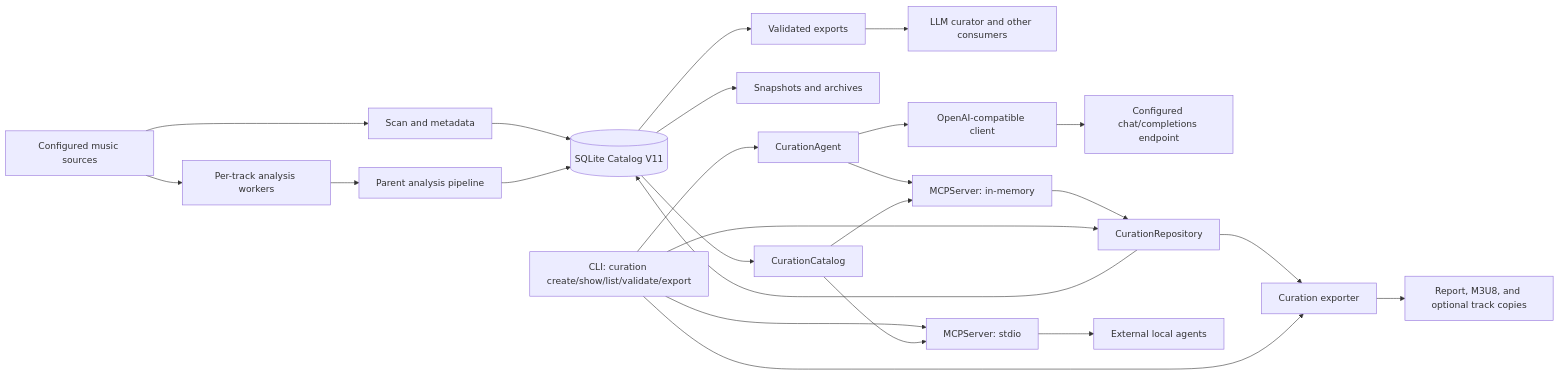
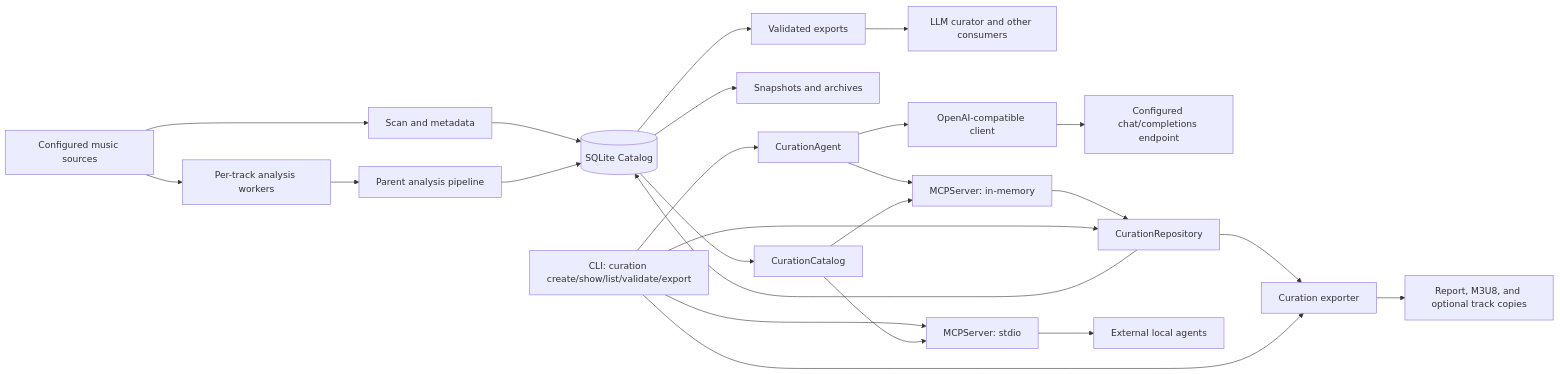
Before and after one commit to fmatsos/dj-digger: the diagram in docs/ARCHITECTURE.md, drawn with Mermaid. The commit also changed other lines of this file and 16 other files, not shown here.

````diff
--- a/docs/ARCHITECTURE.md
+++ b/docs/ARCHITECTURE.md
@@ -13,26 +13,26 @@
 ```mermaid
 flowchart LR
     Sources[Configured music sources] --> Scan[Scan and metadata]
-    Scan --> Catalog[(SQLite Catalog V11)]
+    Scan --> Catalog[(SQLite Catalog)]
     Sources --> Workers[Per-track analysis workers]
     Workers --> Parent[Parent analysis pipeline]
     Parent --> Catalog
     Catalog --> Exports[Validated exports]
     Catalog --> Snapshots[Snapshots and archives]
     Exports --> Curator[LLM curator and other consumers]
     CLI[CLI: curation create/show/list/validate/export] --> Agent[CurationAgent]
     Agent --> Client[OpenAI-compatible client]
     Client --> Endpoint[Configured chat/completions endpoint]
     Agent --> MCP[MCPServer: in-memory]
     Catalog --> Curation[CurationCatalog]
     Curation --> MCP
     MCP --> Repository[CurationRepository]
     Repository --> Catalog
     CLI --> Repository
     CLI --> MCPStdio[MCPServer: stdio]
     Curation --> MCPStdio
     MCPStdio --> External[External local agents]
     Repository --> Exporter[Curation exporter]
     CLI --> Exporter
     Exporter --> Sets[Report, M3U8, and optional track copies]
 ```
````
